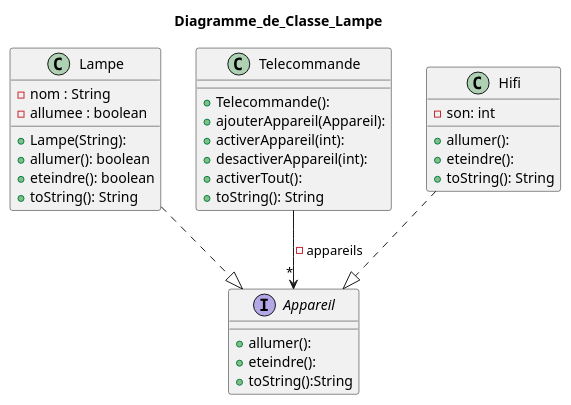
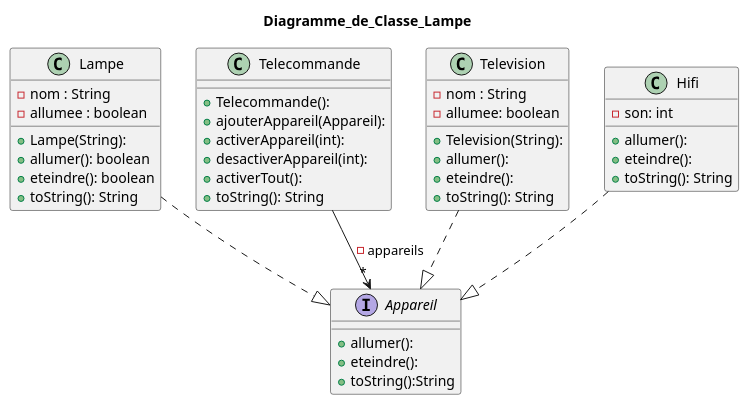
One commit to KeasCrimson/2026_coo_domotique.chaty.delvaux changed the diagram in New_DiagrammeDeClasseTelecommande.wsd. Above: the diagram before and after it, drawn with PlantUML.

Commit message:
Modification de NewDiagrammeDeClasse

```diff
--- a/New_DiagrammeDeClasseTelecommande.wsd
+++ b/New_DiagrammeDeClasseTelecommande.wsd
@@ -1,43 +1,53 @@
 @startuml
 title Diagramme_de_Classe_Lampe
 
 class Lampe{
     -nom : String
     -allumee : boolean
 
     +Lampe(String):
     +allumer(): boolean
     +eteindre(): boolean
     +toString(): String
 }
 
 interface Appareil{
     +allumer():
     +eteindre():
     +toString():String
 }
 
 
 class Telecommande{
     +Telecommande():
     +ajouterAppareil(Appareil):
     +activerAppareil(int):
     +desactiverAppareil(int):
     +activerTout():
     +toString(): String
+}
 
+class Television{
+    -nom : String
+    -allumee: boolean
+
+    +Television(String):
+    +allumer():
+    +eteindre():
+    +toString(): String
 }
 
 class Hifi{
     -son: int
 
     +allumer():
     +eteindre():
     +toString(): String
 }
 
 Lampe..|> Appareil
 Hifi..|> Appareil
 Telecommande-->"*"Appareil: -appareils
+Television..|>Appareil
 
 @enduml
```
